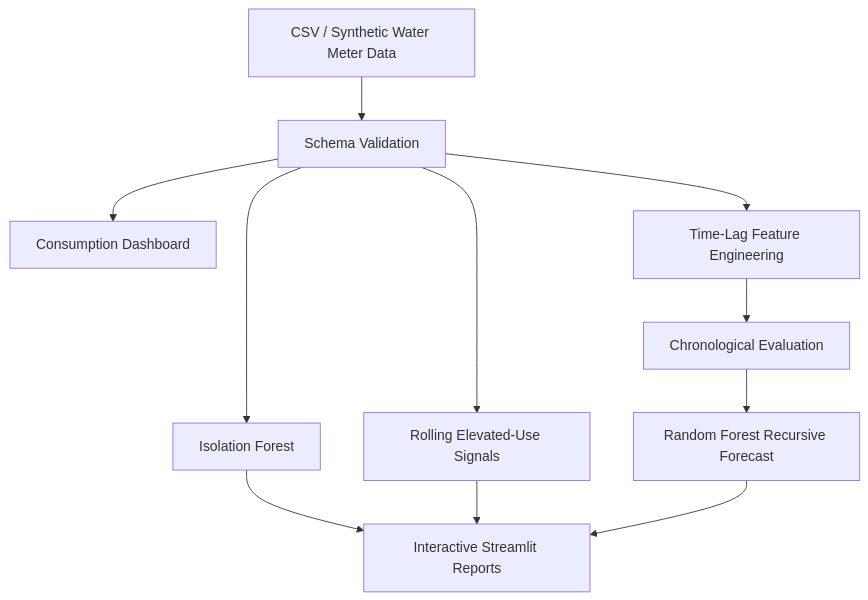
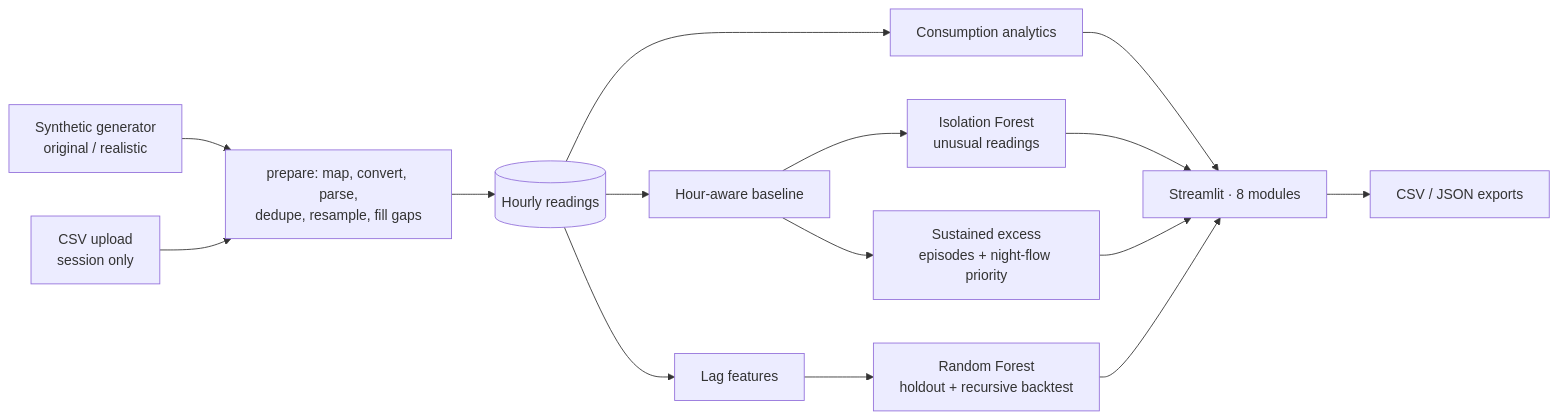
Before and after one commit to muhammadzubair-data/aquasense-ai-water-consumption-intelligence: the first of 2 diagrams in README.md, drawn with Mermaid. The commit also changed other lines of this file and 36 other files, not shown here.

First line of the commit message:
AquaSense AI v2: eight-module dashboard, potential-leak episodes, leakage-safe forecasting

````diff
--- a/README.md
+++ b/README.md
@@ -18,13 +108,16 @@
 ```mermaid
-flowchart TD
- A[CSV / Synthetic Water Meter Data] --> B[Schema Validation]
- B --> C[Consumption Dashboard]
- B --> D[Isolation Forest]
- B --> E[Rolling Elevated-Use Signals]
- B --> F[Time-Lag Feature Engineering]
- F --> G[Chronological Evaluation]
- G --> H[Random Forest Recursive Forecast]
- D --> I[Interactive Streamlit Reports]
- E --> I
- H --> I
+flowchart LR
+  G[Synthetic generator<br/>original / realistic] --> P
+  U[CSV upload<br/>session only] --> P[prepare: map, convert, parse,<br/>dedupe, resample, fill gaps]
+  P --> D[(Hourly readings)]
+  D --> A[Consumption analytics]
+  D --> B[Hour-aware baseline]
+  B --> I[Isolation Forest<br/>unusual readings]
+  B --> L[Sustained excess<br/>episodes + night-flow priority]
+  D --> F[Lag features] --> R[Random Forest<br/>holdout + recursive backtest]
+  A --> UI[Streamlit · 8 modules]
+  I --> UI
+  L --> UI
+  R --> UI
+  UI --> X[CSV / JSON exports]
 ```
````
